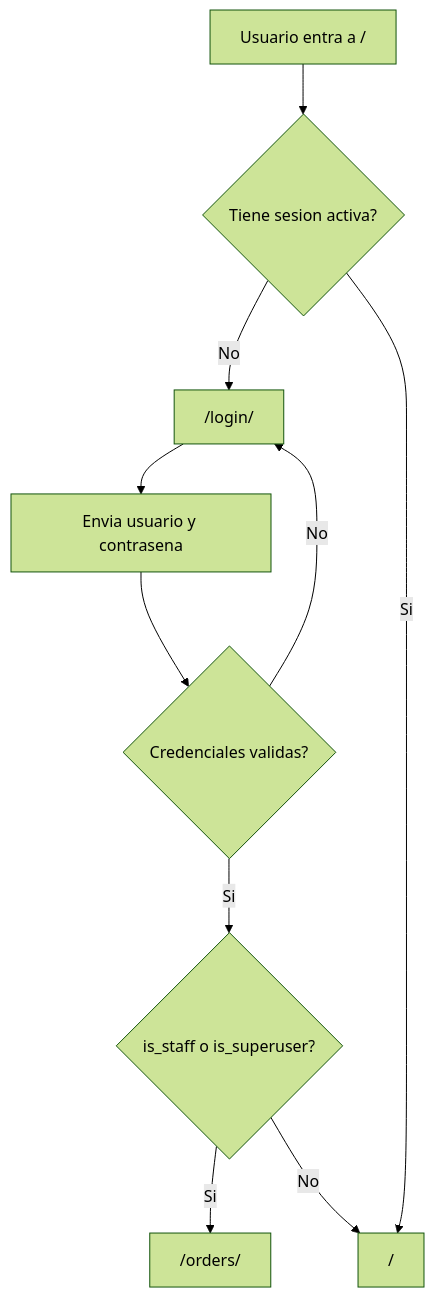
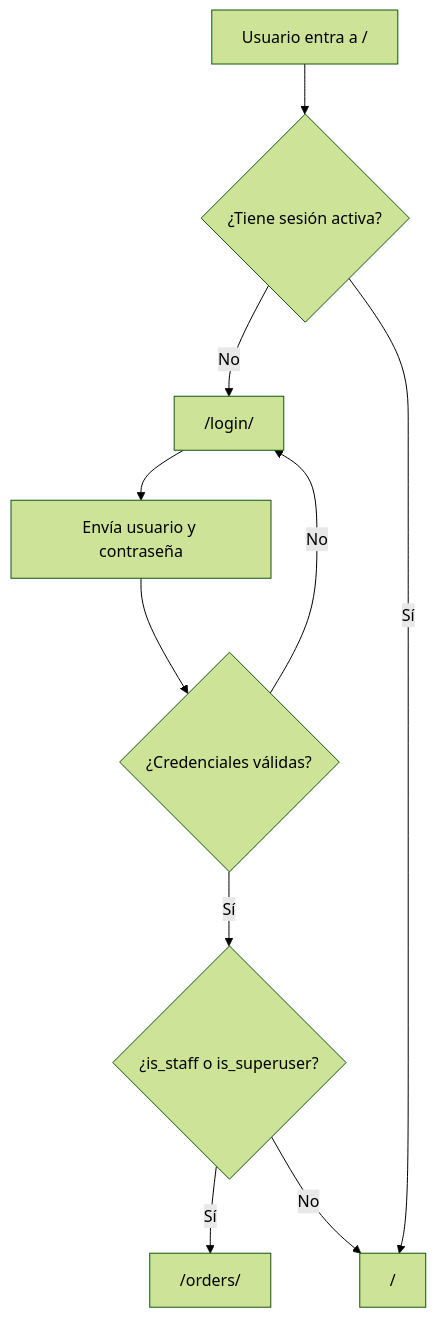
The sixth of 8 diagrams in README.md (Braian551/AngelowDjangoOrders), drawn with Mermaid (forest theme) before and after one commit. The commit also changed other lines of this file and 2 other files, not shown here.

First line of the commit message:
docs: se insertan uml mermaid en las diferentes documentaciones

````diff
--- a/README.md
+++ b/README.md
@@ -155,12 +456,12 @@
 ```mermaid
 flowchart TD
-    A["Usuario entra a /"] --> B{"Tiene sesion activa?"}
+    A["Usuario entra a /"] --> B{"¿Tiene sesión activa?"}
     B -->|"No"| C["/login/"]
-    C --> D["Envia usuario y contrasena"]
-    D --> E{"Credenciales validas?"}
+    C --> D["Envía usuario y contraseña"]
+    D --> E{"¿Credenciales válidas?"}
     E -->|"No"| C
-    E -->|"Si"| F{"is_staff o is_superuser?"}
-    F -->|"Si"| G["/orders/"]
+    E -->|"Sí"| F{"¿is_staff o is_superuser?"}
+    F -->|"Sí"| G["/orders/"]
     F -->|"No"| H["/"]
-    B -->|"Si"| H
+    B -->|"Sí"| H
 ```
````
